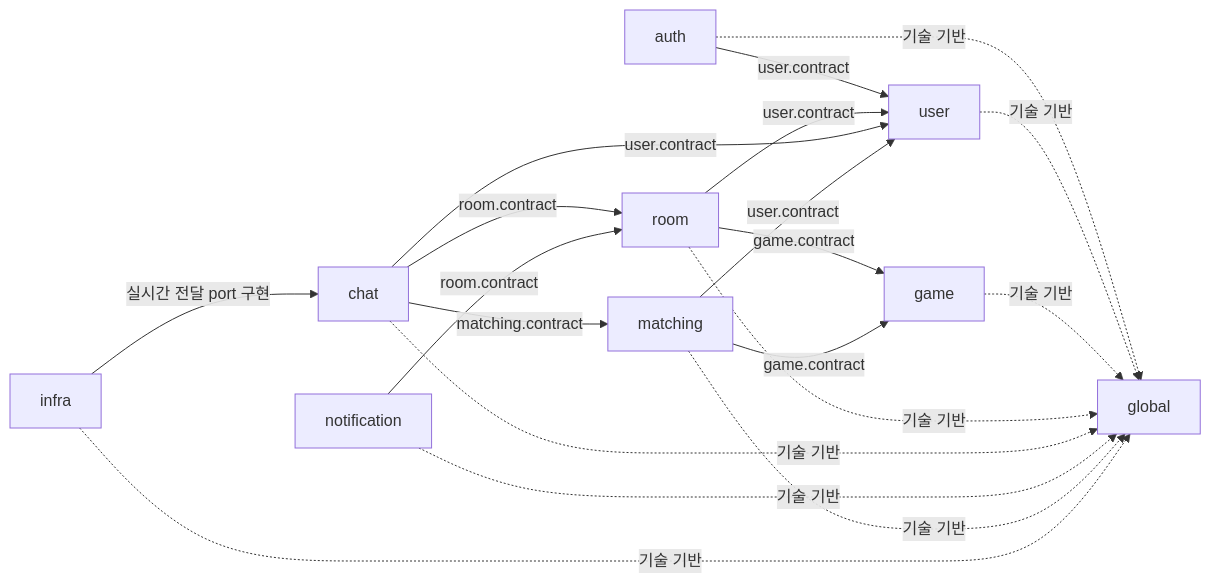
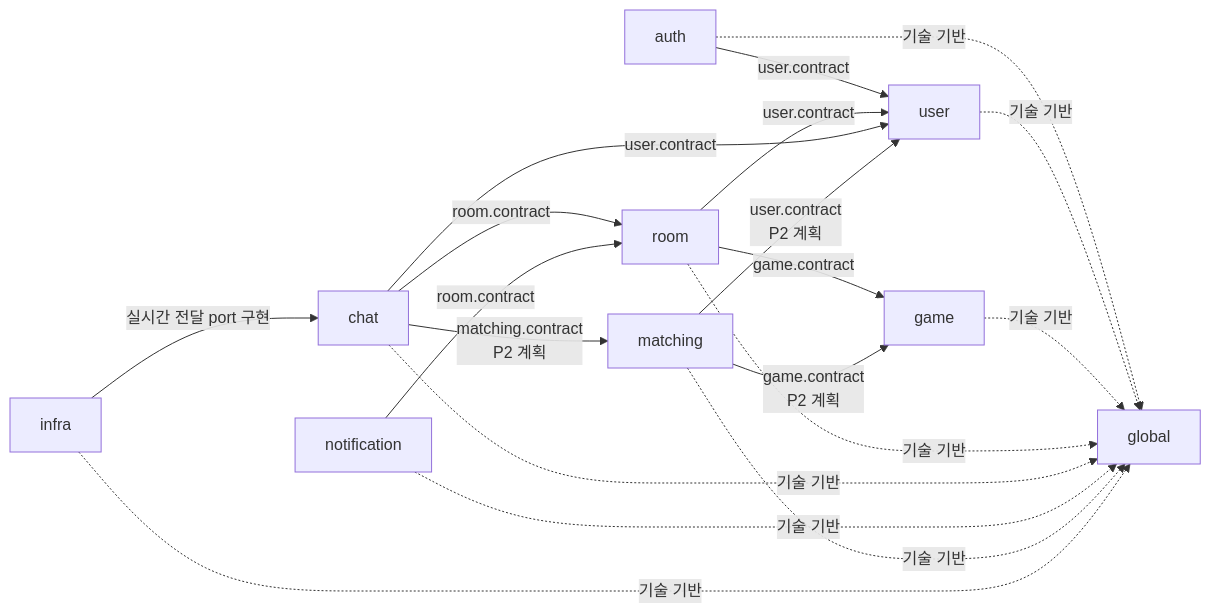
The first of 9 diagrams in docs/ARCHITECTURE.md (bamsongi-club/albam-mate), drawn with Mermaid before and after one commit. The commit also changed other lines of this file and 4 other files, not shown here.

````diff
--- a/docs/ARCHITECTURE.md
+++ b/docs/ARCHITECTURE.md
@@ -52,22 +52,22 @@
 ```mermaid
 flowchart LR
     auth["auth"] -->|"user.contract"| user["user"]
     room["room"] -->|"user.contract"| user
     room -->|"game.contract"| game["game"]
     chat["chat"] -->|"room.contract"| room
     chat -->|"user.contract"| user
     notification["notification"] -->|"room.contract"| room
-    matching["matching"] -->|"user.contract"| user
-    matching -->|"game.contract"| game
-    chat -->|"matching.contract"| matching
+    matching["matching"] -->|"user.contract<br/>P2 계획"| user
+    matching -->|"game.contract<br/>P2 계획"| game
+    chat -->|"matching.contract<br/>P2 계획"| matching
 
     auth -.->|"기술 기반"| global["global"]
     user -.->|"기술 기반"| global
     game -.->|"기술 기반"| global
     room -.->|"기술 기반"| global
     chat -.->|"기술 기반"| global
     notification -.->|"기술 기반"| global
     matching -.->|"기술 기반"| global
     infra["infra"] -.->|"기술 기반"| global
     infra -->|"실시간 전달 port 구현"| chat
 ```
````
